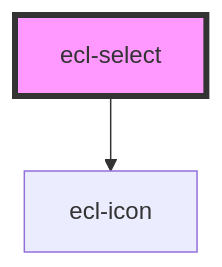
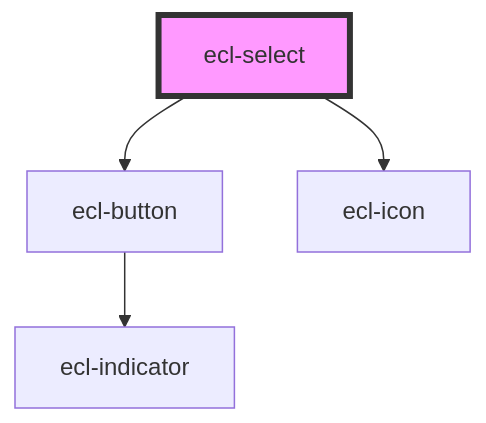
One commit to ec-europa/ecl-webcomponents changed the diagram in src/components/ecl-select/readme.md. Above: the diagram before and after it, drawn with Mermaid. The commit also changed other lines of this file and 77 other files, not shown here.

````diff
--- a/src/components/ecl-select/readme.md
+++ b/src/components/ecl-select/readme.md
@@ -48,5 +51,7 @@
 ```mermaid
 graph TD;
+  ecl-select --> ecl-button
   ecl-select --> ecl-icon
+  ecl-button --> ecl-indicator
   style ecl-select fill:#f9f,stroke:#333,stroke-width:4px
 ```
````
